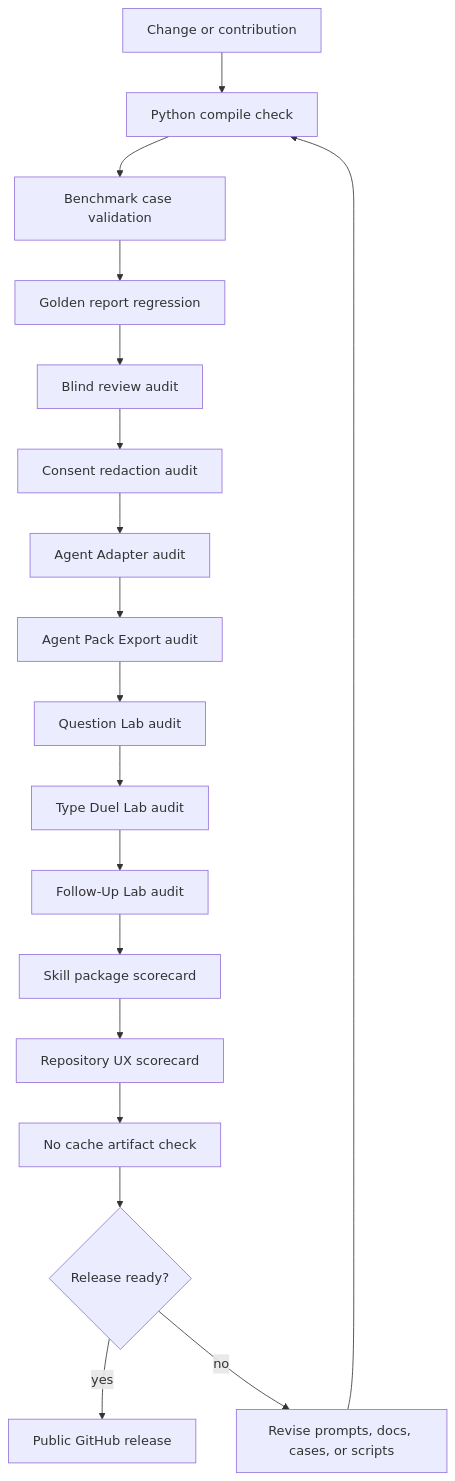
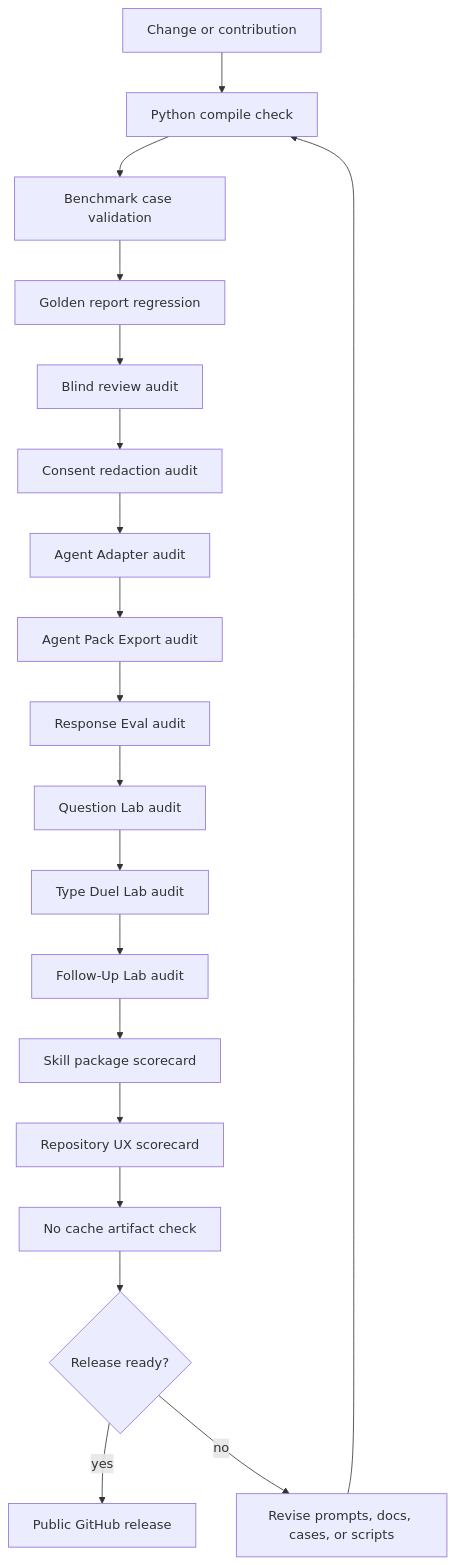
The fourth of 5 diagrams in README.md (Zaoqu-Liu/mbti-typing-skill), drawn with Mermaid before and after one commit. The commit also changed other lines of this file and 14 other files, not shown here.

````diff
--- a/README.md
+++ b/README.md
@@ -429,20 +443,21 @@
 ```mermaid
 flowchart TD
     PR[Change or contribution] --> Compile[Python compile check]
     Compile --> Cases[Benchmark case validation]
     Cases --> Golden[Golden report regression]
     Golden --> Blind[Blind review audit]
     Blind --> Consent[Consent redaction audit]
     Consent --> Adapter[Agent Adapter audit]
     Adapter --> Pack[Agent Pack Export audit]
-    Pack --> QuestionLab[Question Lab audit]
+    Pack --> Response[Response Eval audit]
+    Response --> QuestionLab[Question Lab audit]
     QuestionLab --> TypeDuel[Type Duel Lab audit]
     TypeDuel --> FollowUp[Follow-Up Lab audit]
     FollowUp --> SkillScore[Skill package scorecard]
     SkillScore --> UXScore[Repository UX scorecard]
     UXScore --> Cache[No cache artifact check]
     Cache --> Release{Release ready?}
     Release -->|yes| Publish[Public GitHub release]
     Release -->|no| Fix[Revise prompts, docs, cases, or scripts]
     Fix --> Compile
 ```
````
